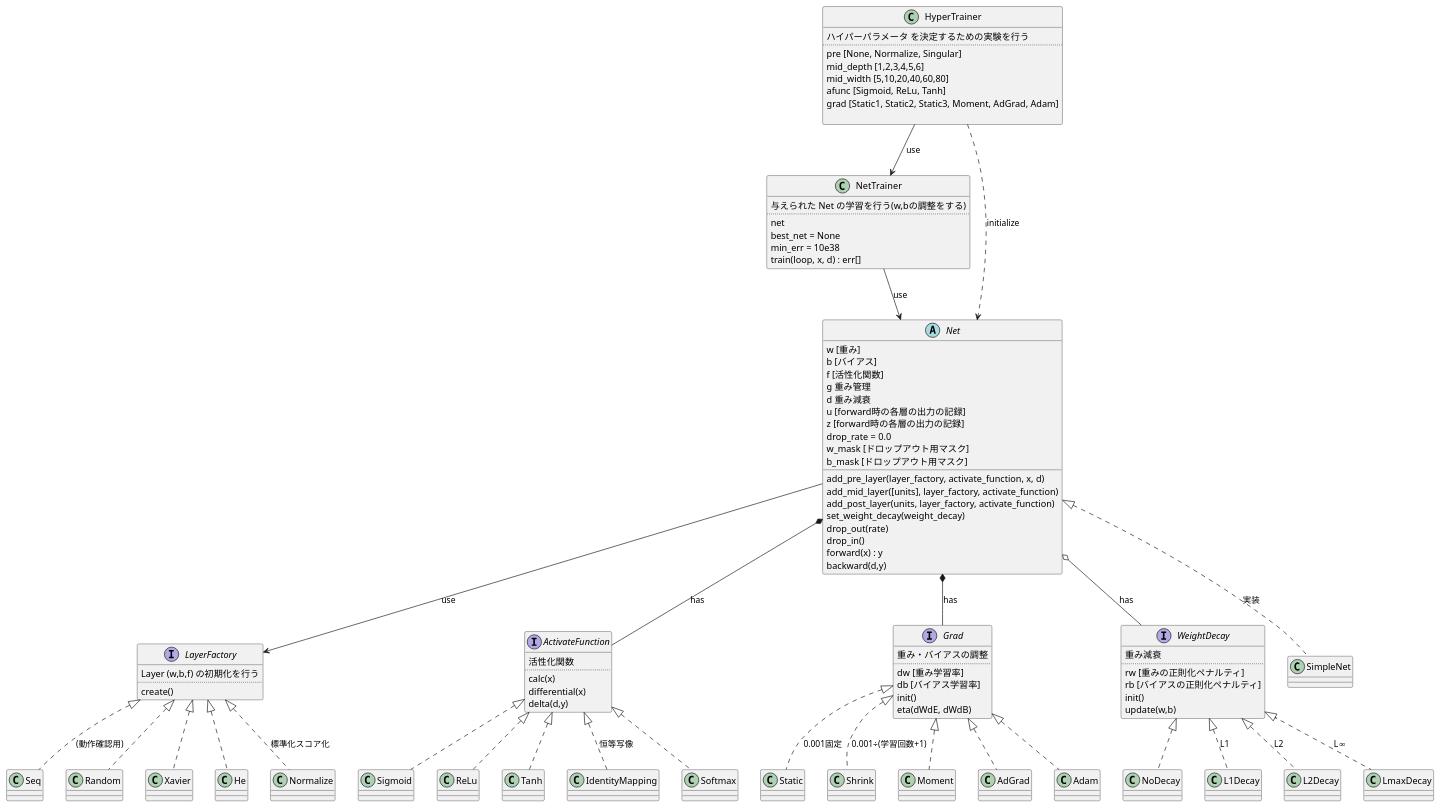
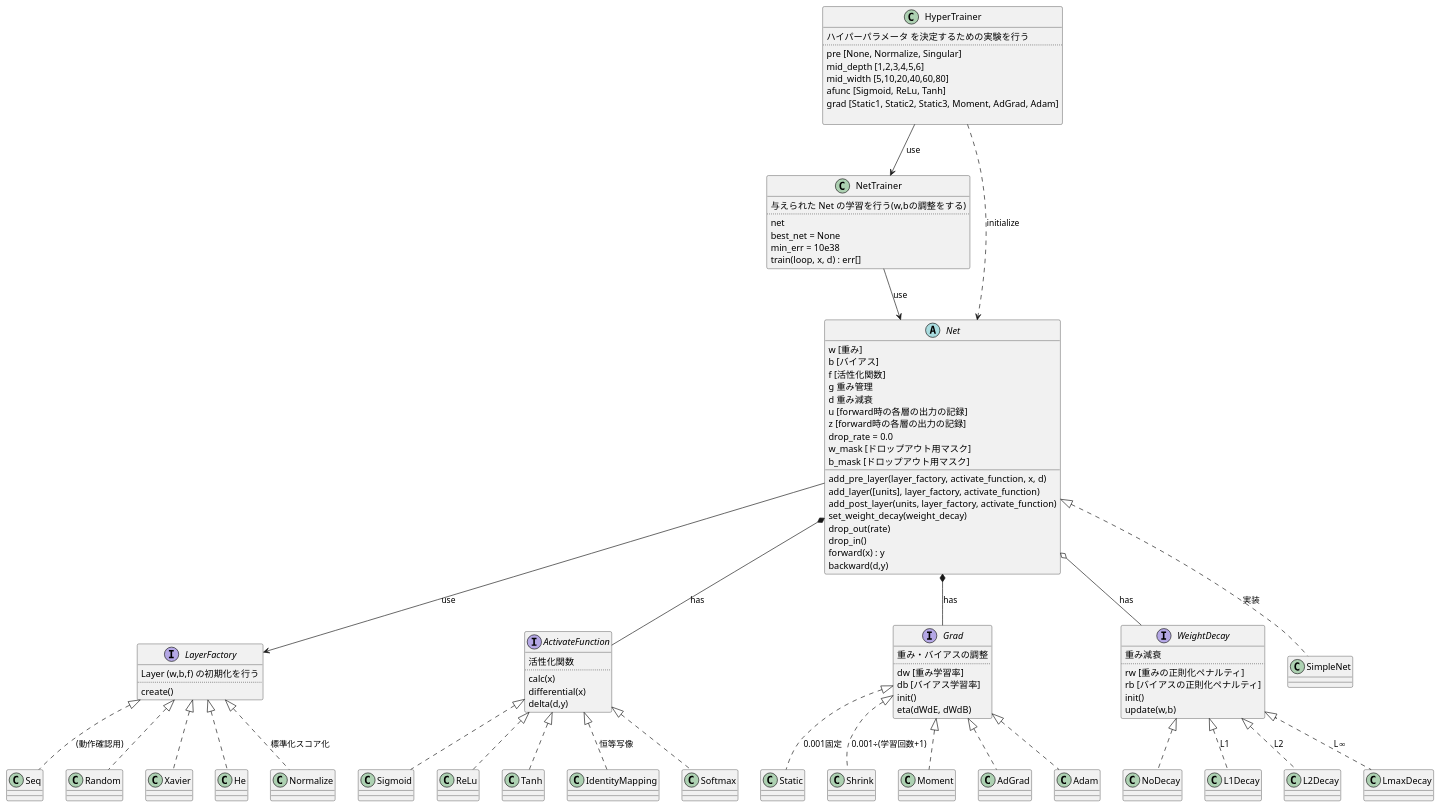
The diagram in docs/class.puml (kagyuu/ai-chan), drawn with PlantUML before and after one commit. The commit also changed 18 other files, not shown here.

```diff
--- a/docs/class.puml
+++ b/docs/class.puml
@@ -1,111 +1,111 @@
 @startuml
 
 class HyperTrainer {
   ハイパーパラメータ を決定するための実験を行う
   ..
   pre [None, Normalize, Singular]
   mid_depth [1,2,3,4,5,6]
   mid_width [5,10,20,40,60,80]
   afunc [Sigmoid, ReLu, Tanh]
   grad [Static1, Static2, Static3, Moment, AdGrad, Adam]
 
 }
 
 class NetTrainer {
   与えられた Net の学習を行う(w,bの調整をする)
   ..
   net
   best_net = None
   min_err = 10e38
   train(loop, x, d) : err[]
 }
 
 abstract class Net {
 w [重み]
 b [バイアス]
 f [活性化関数]
 g 重み管理
 d 重み減衰
 u [forward時の各層の出力の記録]
 z [forward時の各層の出力の記録]
 drop_rate = 0.0
 w_mask [ドロップアウト用マスク]
 b_mask [ドロップアウト用マスク]
 add_pre_layer(layer_factory, activate_function, x, d)
-add_mid_layer([units], layer_factory, activate_function)
+add_layer([units], layer_factory, activate_function)
 add_post_layer(units, layer_factory, activate_function)
 set_weight_decay(weight_decay)
 drop_out(rate)
 drop_in()
 forward(x) : y
 backward(d,y)
 }
 
 interface LayerFactory {
 Layer (w,b,f) の初期化を行う
 ..
 create()
 }
 
 interface ActivateFunction{
 活性化関数
 ..
 calc(x)
 differential(x)
 delta(d,y)
 }
 
 interface Grad {
 重み・バイアスの調整
 ..
 dw [重み学習率]
 db [バイアス学習率]
 init()
 eta(dWdE, dWdB)
 }
 
 interface WeightDecay {
 重み減衰
 ..
 rw [重みの正則化ペナルティ]
 rb [バイアスの正則化ペナルティ]
 init()
 update(w,b)
 }
 
 HyperTrainer --> NetTrainer :use
 HyperTrainer ..> Net : initialize
 NetTrainer --> Net : use
 
 Net *-- ActivateFunction : has
 Net *-- Grad : has
 Net o-- WeightDecay : has
 Net --> LayerFactory : use
 
 Net <|.. SimpleNet : 実装
 
 ActivateFunction <|.. Sigmoid
 ActivateFunction <|.. ReLu
 ActivateFunction <|.. Tanh
 ActivateFunction <|.. IdentityMapping : 恒等写像
 ActivateFunction <|.. Softmax
 
 LayerFactory <|.. Seq : (動作確認用)
 LayerFactory <|.. Random
 LayerFactory <|.. Xavier
 LayerFactory <|.. He
 LayerFactory <|.. Normalize : 標準化スコア化
 
 Grad <|.. Static : 0.001固定
 Grad <|.. Shrink : 0.001÷(学習回数+1)
 Grad <|.. Moment
 Grad <|.. AdGrad
 Grad <|.. Adam
 
 WeightDecay <|.. NoDecay
 WeightDecay <|.. L1Decay : L1
 WeightDecay <|.. L2Decay : L2
 WeightDecay <|.. LmaxDecay : L∞
 
 
 @enduml
```
